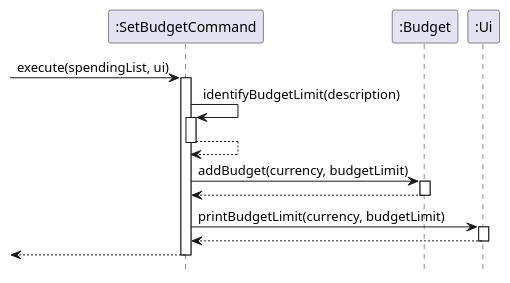
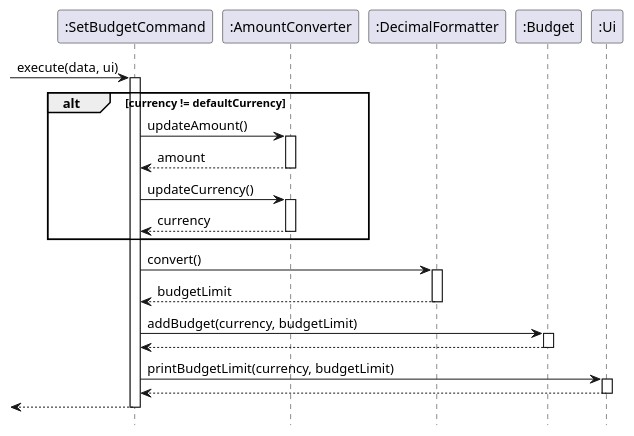
Before and after one commit to xieyaoyue/tp: the diagram in src/uml/sequence diagrams/SetBudgetCommand.puml, drawn with PlantUML. The commit also changed 35 other files, not shown here.

```diff
--- a/src/uml/sequence diagrams/SetBudgetCommand.puml
+++ b/src/uml/sequence diagrams/SetBudgetCommand.puml
@@ -1,19 +1,29 @@
 @startuml
 hide footbox
-->":SetBudgetCommand":execute(spendingList, ui)
+->":SetBudgetCommand":execute(data, ui)
 activate ":SetBudgetCommand"
-":SetBudgetCommand"->":SetBudgetCommand":identifyBudgetLimit(description)
-activate ":SetBudgetCommand"
-":SetBudgetCommand"-->":SetBudgetCommand":
-deactivate ":SetBudgetCommand"
+alt currency != defaultCurrency
+":SetBudgetCommand"->":AmountConverter":updateAmount()
+activate ":AmountConverter"
+":AmountConverter"-->":SetBudgetCommand":amount
+deactivate ":AmountConverter"
+":SetBudgetCommand"->":AmountConverter":updateCurrency()
+activate ":AmountConverter"
+":AmountConverter"-->":SetBudgetCommand":currency
+deactivate ":AmountConverter"
+end
+":SetBudgetCommand"->":DecimalFormatter":convert()
+activate ":DecimalFormatter"
+":DecimalFormatter"-->":SetBudgetCommand":budgetLimit
+deactivate ":DecimalFormatter"
 ":SetBudgetCommand"->":Budget":addBudget(currency, budgetLimit)
 activate ":Budget"
 ":Budget"-->":SetBudgetCommand":
 deactivate ":Budget"
 ":SetBudgetCommand"->":Ui":printBudgetLimit(currency, budgetLimit)
 activate ":Ui"
 ":Ui"-->":SetBudgetCommand":
 deactivate ":Ui"
 <--":SetBudgetCommand"
 deactivate ":SetBudgetCommand"
 @enduml
```
